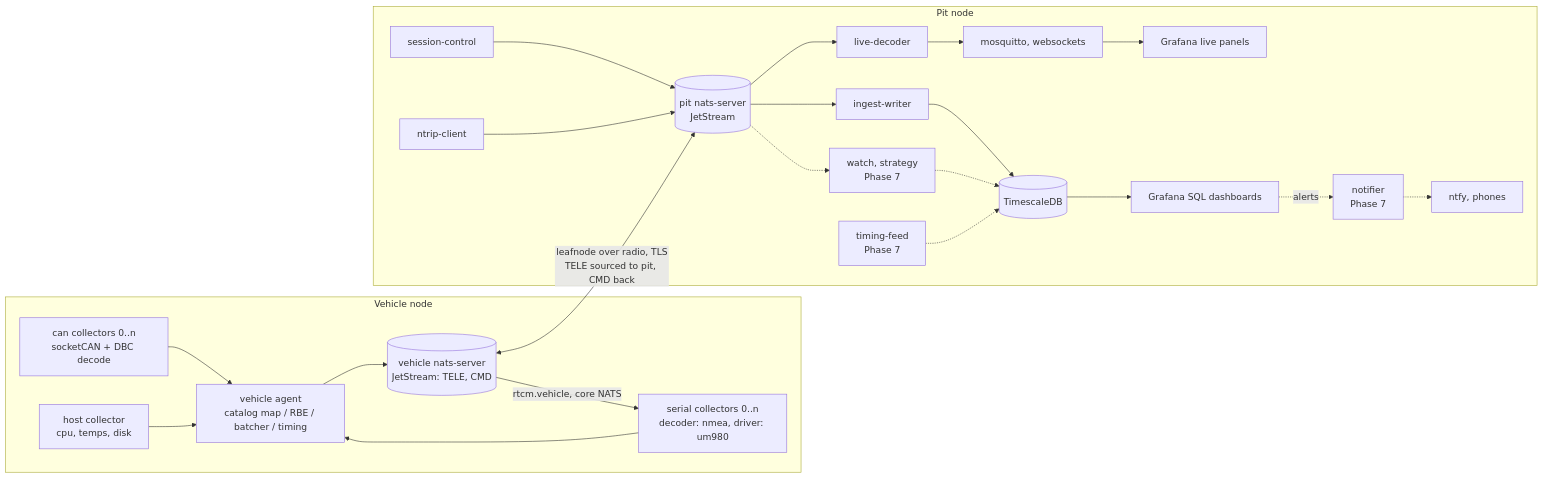
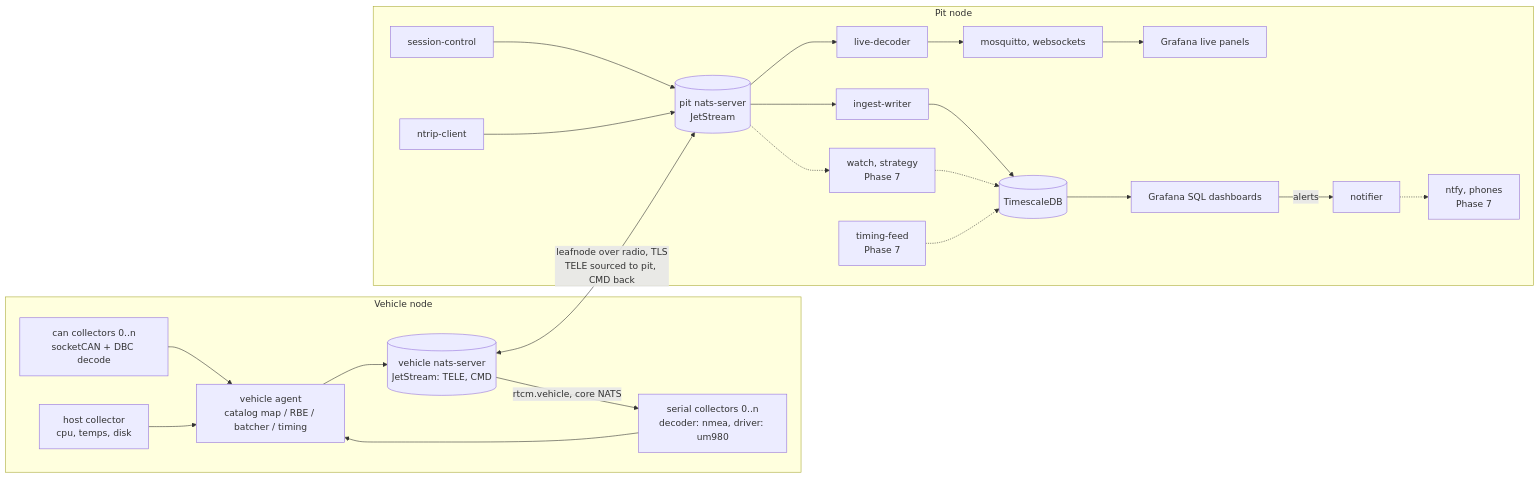
The first of 4 diagrams in docs/ARCHITECTURE.md (Robert-McMahon/openlaps), drawn with Mermaid before and after one commit. The commit also changed other lines of this file and 29 other files, not shown here.

````diff
--- a/docs/ARCHITECTURE.md
+++ b/docs/ARCHITECTURE.md
@@ -26,21 +26,21 @@
 ```mermaid
 flowchart LR
   subgraph vehicle [Vehicle node]
     CAN0[can collectors 0..n<br/>socketCAN + DBC decode] --> AGENT
     SER0[serial collectors 0..n<br/>decoder: nmea, driver: um980] --> AGENT
     HOST[host collector<br/>cpu, temps, disk] --> AGENT
     AGENT[vehicle agent<br/>catalog map / RBE / batcher / timing] --> VNATS[(vehicle nats-server<br/>JetStream: TELE, CMD)]
     VNATS -- "rtcm.vehicle, core NATS" --> SER0
   end
   VNATS <-- "leafnode over radio, TLS<br/>TELE sourced to pit, CMD back" --> PNATS[(pit nats-server<br/>JetStream)]
   subgraph pit [Pit node]
     PNATS --> WRITER[ingest-writer] --> TSDB[(TimescaleDB)]
     PNATS --> LIVE[live-decoder] --> MQ[mosquitto, websockets] --> GLIVE[Grafana live panels]
     TSDB --> GSQL[Grafana SQL dashboards]
     SC[session-control] --> PNATS
     NTRIP[ntrip-client] --> PNATS
     PNATS -.-> WATCH[watch, strategy<br/>Phase 7] -.-> TSDB
     FEED[timing-feed<br/>Phase 7] -.-> TSDB
-    GSQL -. "alerts" .-> NOTIF[notifier<br/>Phase 7] -.-> NTFY[ntfy, phones]
+    GSQL -- "alerts" --> NOTIF[notifier] -.-> NTFY[ntfy, phones<br/>Phase 7]
   end
 ```
````
